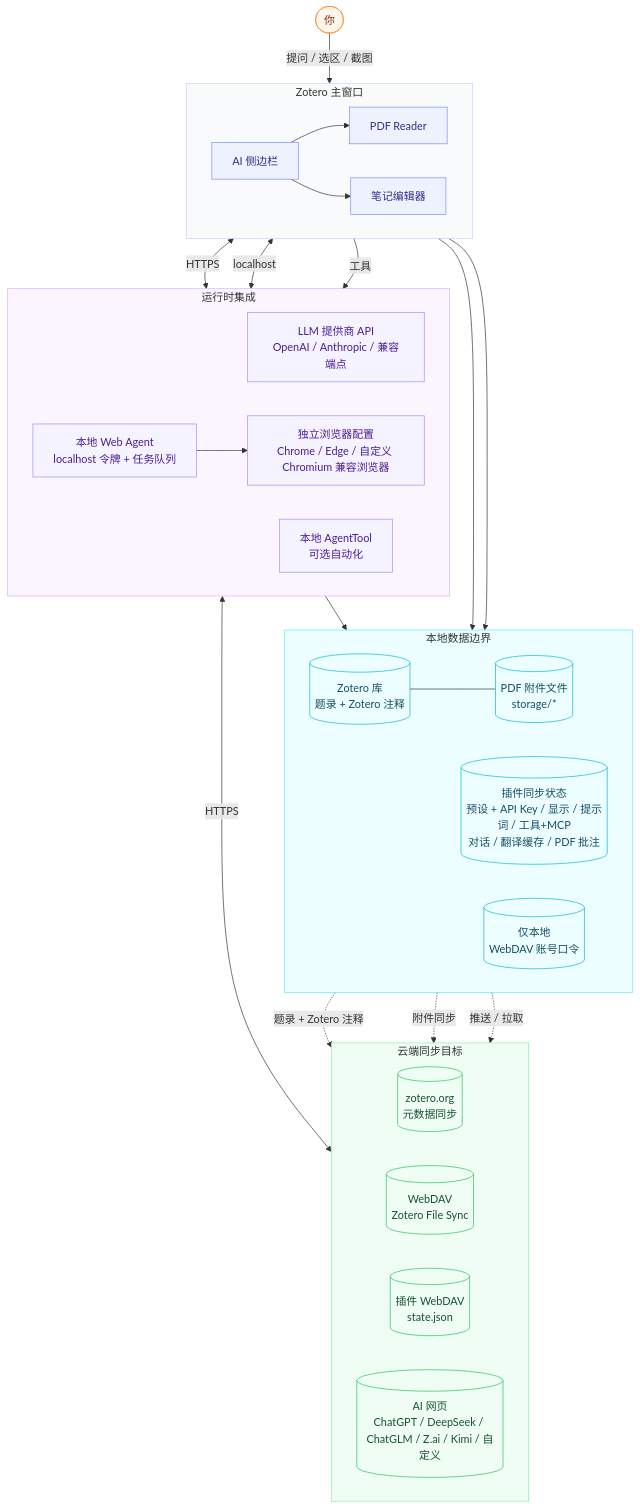
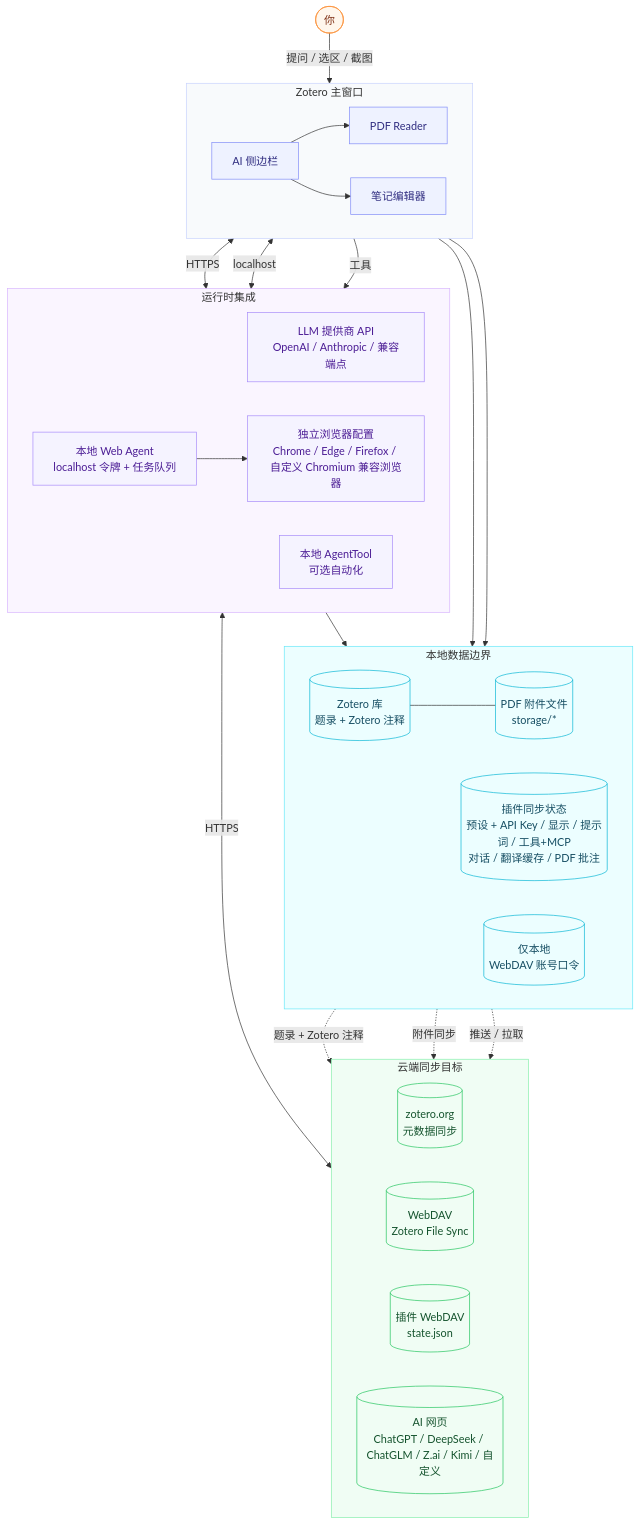
One commit to xuhan-rgb/zotero-ai-sidebar changed the first of 2 diagrams in README.zh-CN.md. Above: the diagram before and after it, drawn with Mermaid. The commit also changed other lines of this file and 9 other files, not shown here.

````diff
--- a/README.zh-CN.md
+++ b/README.zh-CN.md
@@ -177,67 +190,67 @@
 ```mermaid
 flowchart TB
     User([你])
 
     subgraph UI[Zotero 主窗口]
         direction LR
         Side[AI 侧边栏]
         PDF[PDF Reader]
         Note[笔记编辑器]
         Side --> PDF
         Side --> Note
     end
 
     subgraph Local[本地数据边界]
         direction LR
         Core[(Zotero 库<br/>题录 + Zotero 注释)]
         Files[(PDF 附件文件<br/>storage/*)]
         PluginState[(插件同步状态<br/>预设 + API Key / 显示 / 提示词 / 工具+MCP<br/>对话 / 翻译缓存 / PDF 批注)]
         Secrets[(仅本地<br/>WebDAV 账号口令)]
     end
 
     subgraph Runtime[运行时集成]
         direction LR
         Provider[LLM 提供商 API<br/>OpenAI / Anthropic / 兼容端点]
         WebAgent[本地 Web Agent<br/>localhost 令牌 + 任务队列]
-        Browser[独立浏览器配置<br/>Chrome / Edge / 自定义 Chromium 兼容浏览器]
+        Browser[独立浏览器配置<br/>Chrome / Edge / Firefox / 自定义 Chromium 兼容浏览器]
         Tools[本地 AgentTool<br/>可选自动化]
     end
 
     subgraph Cloud[云端同步目标]
         direction LR
         ZoteroOrg[(zotero.org<br/>元数据同步)]
         FileDAV[(WebDAV<br/>Zotero File Sync)]
         PluginDAV[(插件 WebDAV<br/>state.json)]
         WebApps[(AI 网页<br/>ChatGPT / DeepSeek / ChatGLM / Z.ai / Kimi / 自定义)]
     end
 
     User -->|提问 / 选区 / 截图| Side
     Side <-->|HTTPS| Provider
     Side <-->|localhost| WebAgent
     WebAgent --> Browser
     Browser <-->|HTTPS| WebApps
     Side -->|工具| Tools
     Tools --> Core
     Side --> Secrets
     Side --> PluginState
     Core --- Files
 
     Core -.题录 + Zotero 注释.-> ZoteroOrg
     Files -.附件同步.-> FileDAV
     PluginState -.推送 / 拉取.-> PluginDAV
 
     classDef actor fill:#fff7ed,stroke:#fb923c,color:#7c2d12,stroke-width:1px;
     classDef zotero fill:#eef2ff,stroke:#818cf8,color:#312e81,stroke-width:1px;
     classDef local fill:#ecfeff,stroke:#06b6d4,color:#164e63,stroke-width:1px;
     classDef runtime fill:#f5f3ff,stroke:#a78bfa,color:#4c1d95,stroke-width:1px;
     classDef cloud fill:#f0fdf4,stroke:#22c55e,color:#14532d,stroke-width:1px;
     class User actor;
     class Side,PDF,Note zotero;
     class Core,Files,PluginState,Secrets local;
     class Provider,WebAgent,Browser,Tools runtime;
     class ZoteroOrg,FileDAV,PluginDAV,WebApps cloud;
     style UI fill:#f8fafc,stroke:#c7d2fe,stroke-width:1px
     style Local fill:#ecfeff,stroke:#67e8f9,stroke-width:1px
     style Runtime fill:#faf5ff,stroke:#d8b4fe,stroke-width:1px
     style Cloud fill:#f0fdf4,stroke:#86efac,stroke-width:1px
 ```
````
